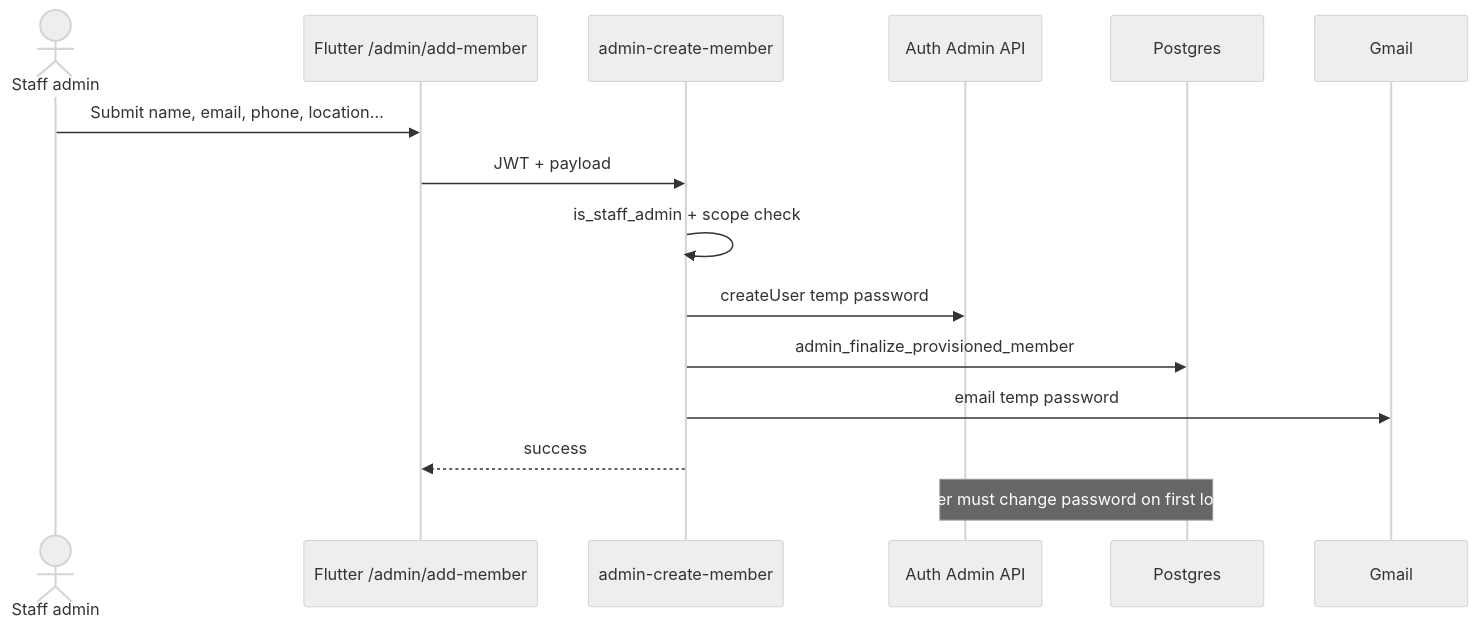
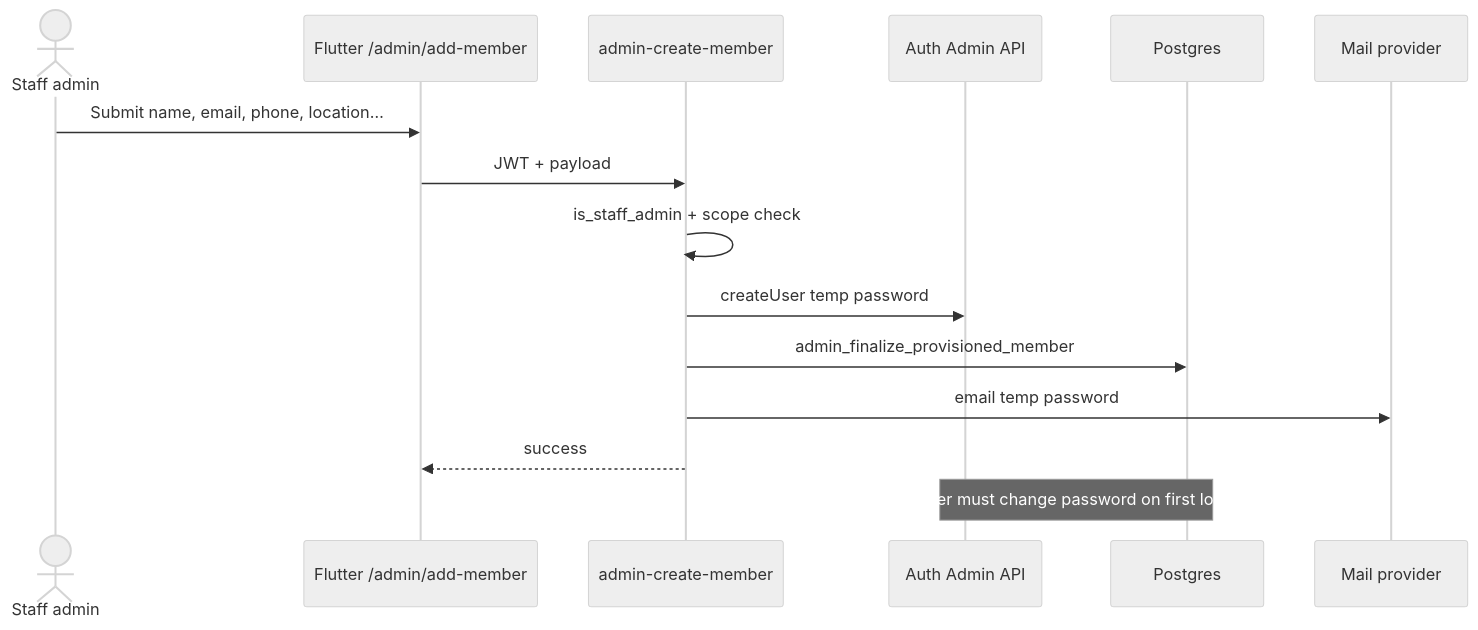
One commit to preshan/SYU-Sri-Lanka changed the fifth of 7 diagrams in docs/USE_CASES.md. Above: the diagram before and after it, drawn with Mermaid (neutral theme). The commit also changed other lines of this file and 5 other files, not shown here.

````diff
--- a/docs/USE_CASES.md
+++ b/docs/USE_CASES.md
@@ -129,18 +129,18 @@
 ```mermaid
 sequenceDiagram
   actor A as Staff admin
   participant App as Flutter /admin/add-member
   participant Fn as admin-create-member
   participant Auth as Auth Admin API
   participant DB as Postgres
-  participant Mail as Gmail
+  participant Mail as Mail provider
 
   A->>App: Submit name, email, phone, location…
   App->>Fn: JWT + payload
   Fn->>Fn: is_staff_admin + scope check
   Fn->>Auth: createUser temp password
   Fn->>DB: admin_finalize_provisioned_member
   Fn->>Mail: email temp password
   Fn-->>App: success
   Note over Auth,DB: User must change password on first login
 ```
````
